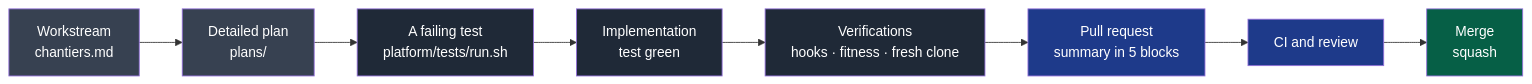
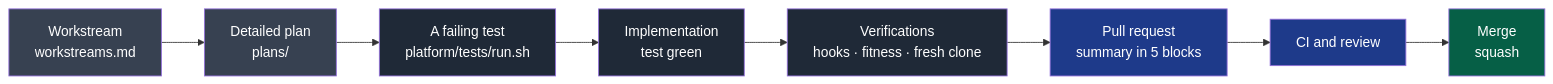
Before and after one commit to NapkinStack/engineering-os: the first of 2 diagrams in CONTRIBUTING.md, drawn with Mermaid. The commit also changed other lines of this file and 11 other files, not shown here.

````diff
--- a/CONTRIBUTING.md
+++ b/CONTRIBUTING.md
@@ -8,15 +8,15 @@
 ```mermaid
 flowchart LR
-    C["Workstream<br/>chantiers.md"]:::tracking --> P["Detailed plan<br/>plans/"]:::tracking
+    C["Workstream<br/>workstreams.md"]:::tracking --> P["Detailed plan<br/>plans/"]:::tracking
     P --> T["A failing test<br/>platform/tests/run.sh"]:::code
     T --> I["Implementation<br/>test green"]:::code
     I --> V["Verifications<br/>hooks · fitness · fresh clone"]:::code
     V --> R["Pull request<br/>summary in 5 blocks"]:::review
     R --> CI["CI and review"]:::review
     CI --> M["Merge<br/>squash"]:::done
 
     classDef tracking fill:#374151,color:#fff
     classDef code fill:#1f2937,color:#fff
     classDef review fill:#1e3a8a,color:#fff
     classDef done fill:#065f46,color:#fff
 ```
````
